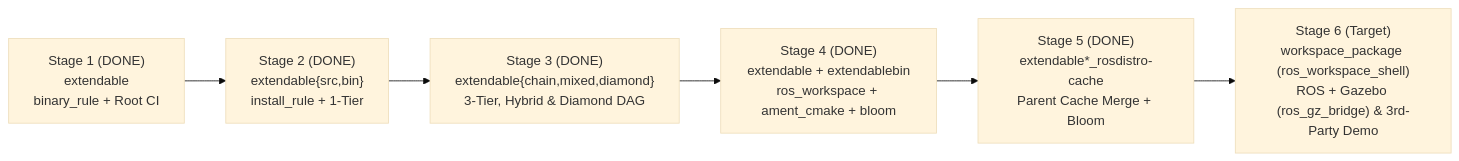
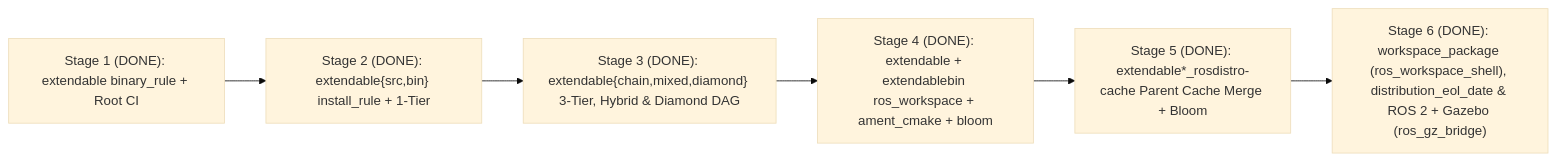
Before and after one commit to KmoM88/rep159-testing: the second of 2 diagrams in ROLLOUT_PLAN.md, drawn with Mermaid (base theme). The commit also changed other lines of this file and 15 other files, not shown here.

Commit message:
Consolidate Stage 1-6 docs in roadmap/ with Mermaid core vs testbed diagrams, update rollout/PR plans, and sync Gist

````diff
--- a/ROLLOUT_PLAN.md
+++ b/ROLLOUT_PLAN.md
@@ -88,8 +105,8 @@
 ```mermaid
 flowchart LR
-    S1["Stage 1 (DONE)<br/>extendable<br/>binary_rule + Root CI"] --> S2["Stage 2 (DONE)<br/>extendable{src,bin}<br/>install_rule + 1-Tier"]
-    S2 --> S3["Stage 3 (DONE)<br/>extendable{chain,mixed,diamond}<br/>3-Tier, Hybrid & Diamond DAG"]
-    S3 --> S4["Stage 4 (DONE)<br/>extendable + extendablebin<br/>ros_workspace + ament_cmake + bloom"]
-    S4 --> S5["Stage 5 (DONE)<br/>extendable*_rosdistro-cache<br/>Parent Cache Merge + Bloom"]
-    S5 --> S6["Stage 6 (Target)<br/>workspace_package (ros_workspace_shell)<br/>ROS + Gazebo (ros_gz_bridge) & 3rd-Party Demo"]
+    S1["Stage 1 (DONE): extendable binary_rule + Root CI"] --> S2["Stage 2 (DONE): extendable{src,bin} install_rule + 1-Tier"]
+    S2 --> S3["Stage 3 (DONE): extendable{chain,mixed,diamond} 3-Tier, Hybrid & Diamond DAG"]
+    S3 --> S4["Stage 4 (DONE): extendable + extendablebin ros_workspace + ament_cmake + bloom"]
+    S4 --> S5["Stage 5 (DONE): extendable*_rosdistro-cache Parent Cache Merge + Bloom"]
+    S5 --> S6["Stage 6 (DONE): workspace_package (ros_workspace_shell), distribution_eol_date & ROS 2 + Gazebo (ros_gz_bridge)"]
 ```
````
